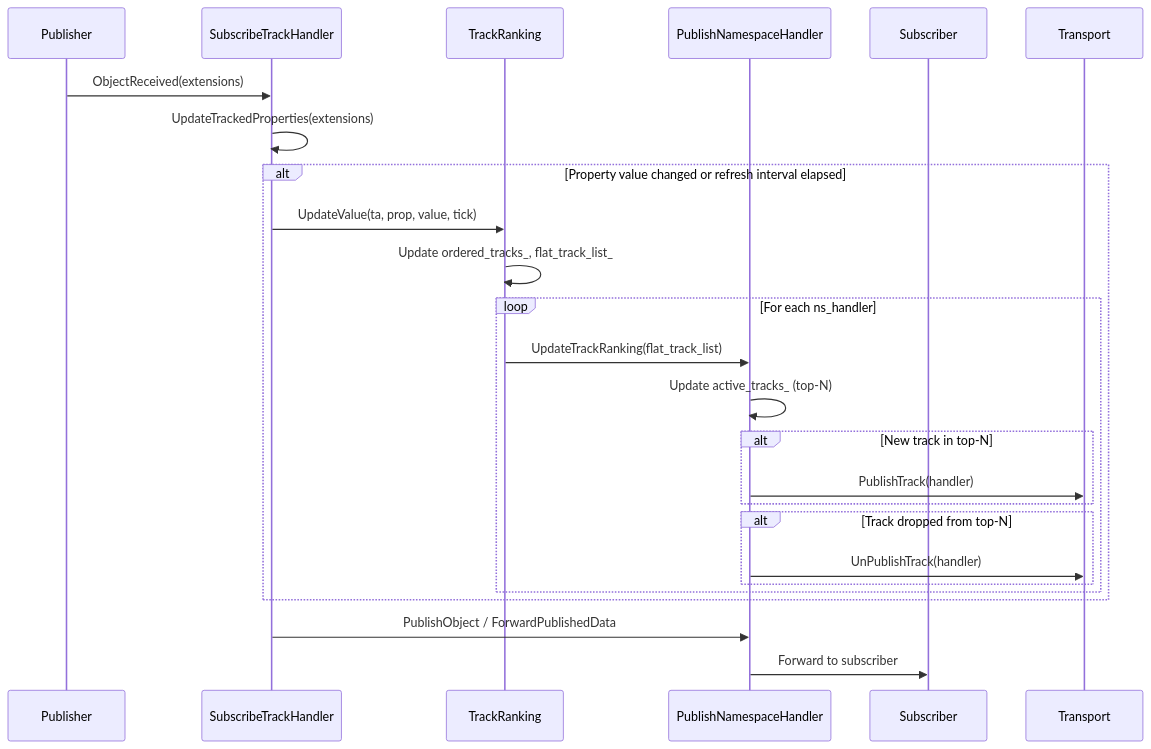
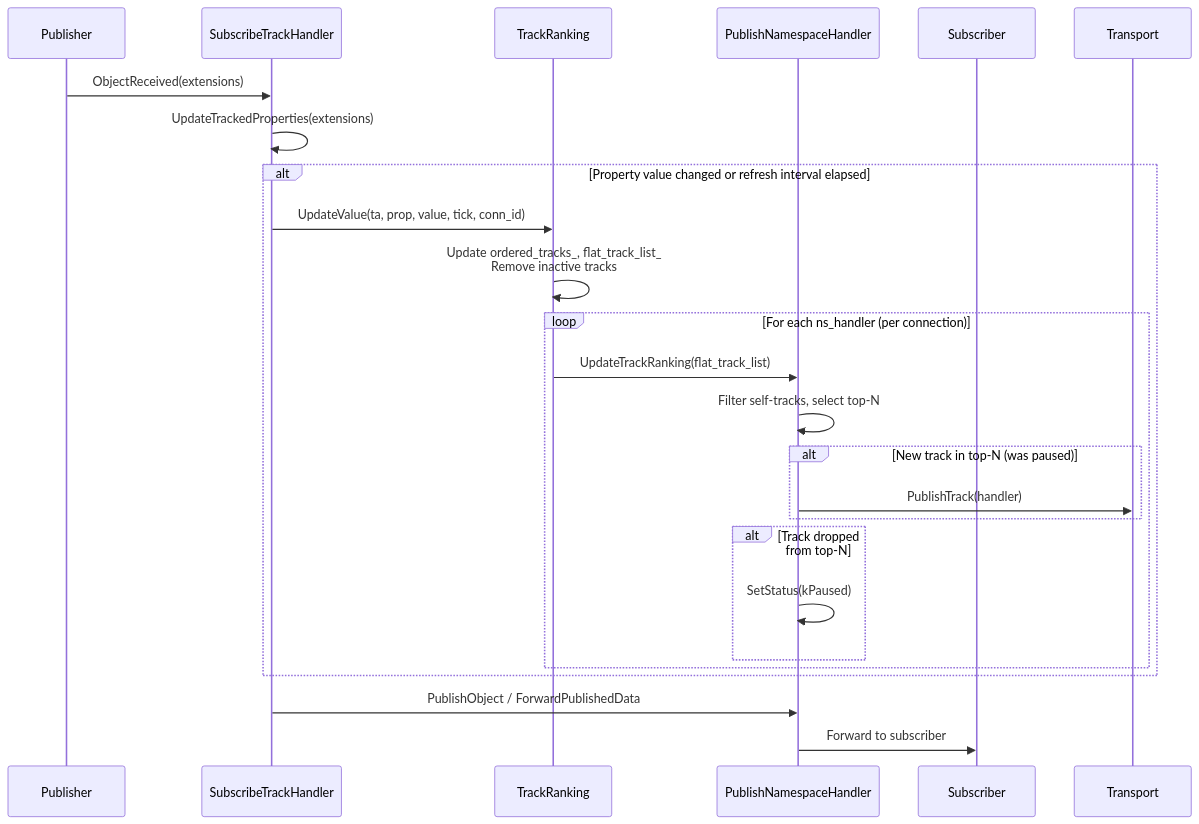
Before and after one commit to Quicr/laps: the fifth of 8 diagrams in docs/track-ranking.md, drawn with Mermaid. The commit also changed other lines of this file, not shown here.

````diff
--- a/docs/track-ranking.md
+++ b/docs/track-ranking.md
@@ -128,27 +128,27 @@
 ```mermaid
 sequenceDiagram
     participant Publisher
     participant SubscribeTrackHandler
     participant TrackRanking
     participant PublishNamespaceHandler
     participant Subscriber
 
     Publisher->>SubscribeTrackHandler: ObjectReceived(extensions)
     SubscribeTrackHandler->>SubscribeTrackHandler: UpdateTrackedProperties(extensions)
     alt Property value changed or refresh interval elapsed
-        SubscribeTrackHandler->>TrackRanking: UpdateValue(ta, prop, value, tick)
-        TrackRanking->>TrackRanking: Update ordered_tracks_, flat_track_list_
-        loop For each ns_handler
+        SubscribeTrackHandler->>TrackRanking: UpdateValue(ta, prop, value, tick, conn_id)
+        TrackRanking->>TrackRanking: Update ordered_tracks_, flat_track_list_<br/>Remove inactive tracks
+        loop For each ns_handler (per connection)
             TrackRanking->>PublishNamespaceHandler: UpdateTrackRanking(flat_track_list)
-            PublishNamespaceHandler->>PublishNamespaceHandler: Update active_tracks_ (top-N)
-            alt New track in top-N
+            PublishNamespaceHandler->>PublishNamespaceHandler: Filter self-tracks, select top-N
+            alt New track in top-N (was paused)
                 PublishNamespaceHandler->>Transport: PublishTrack(handler)
             end
             alt Track dropped from top-N
-                PublishNamespaceHandler->>Transport: UnPublishTrack(handler)
+                PublishNamespaceHandler->>PublishNamespaceHandler: SetStatus(kPaused)
             end
         end
     end
     SubscribeTrackHandler->>PublishNamespaceHandler: PublishObject / ForwardPublishedData
     PublishNamespaceHandler->>Subscriber: Forward to subscriber
 ```
````
